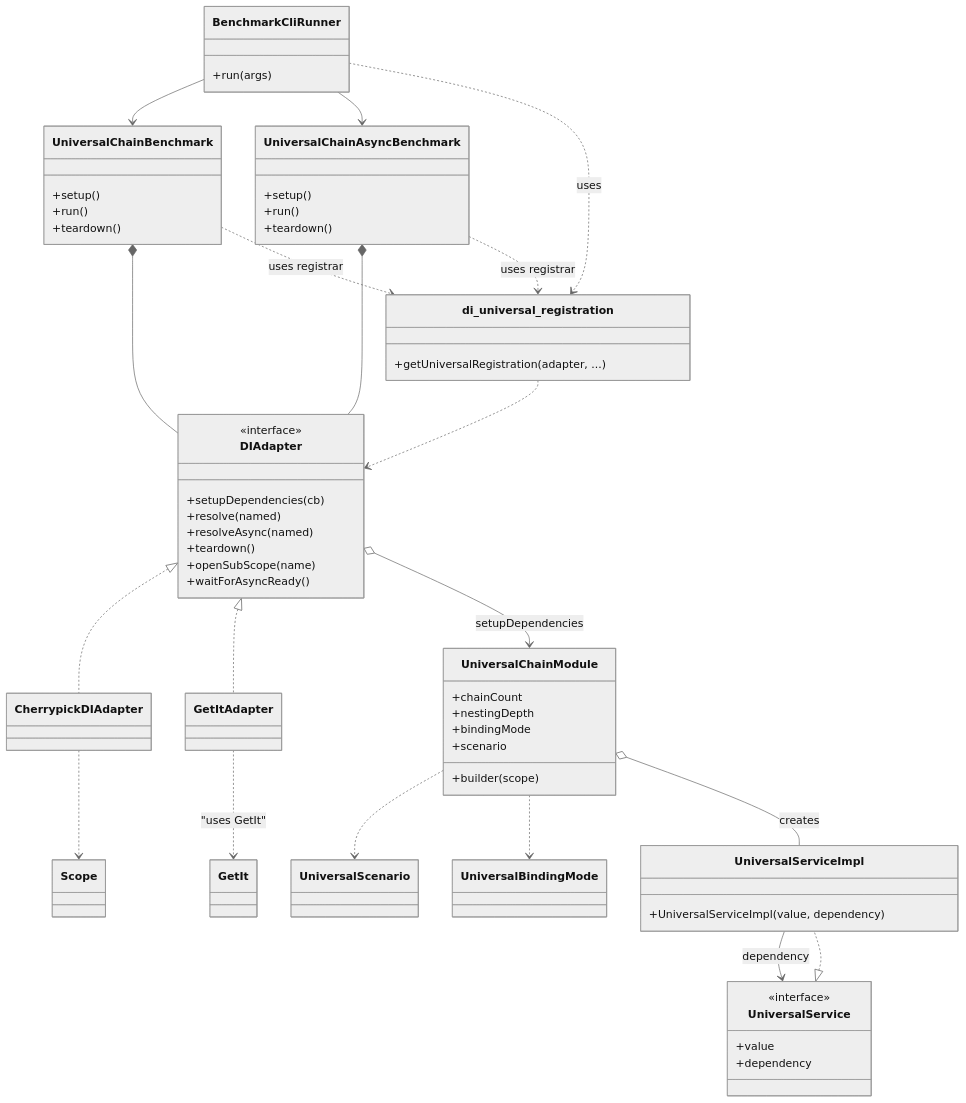
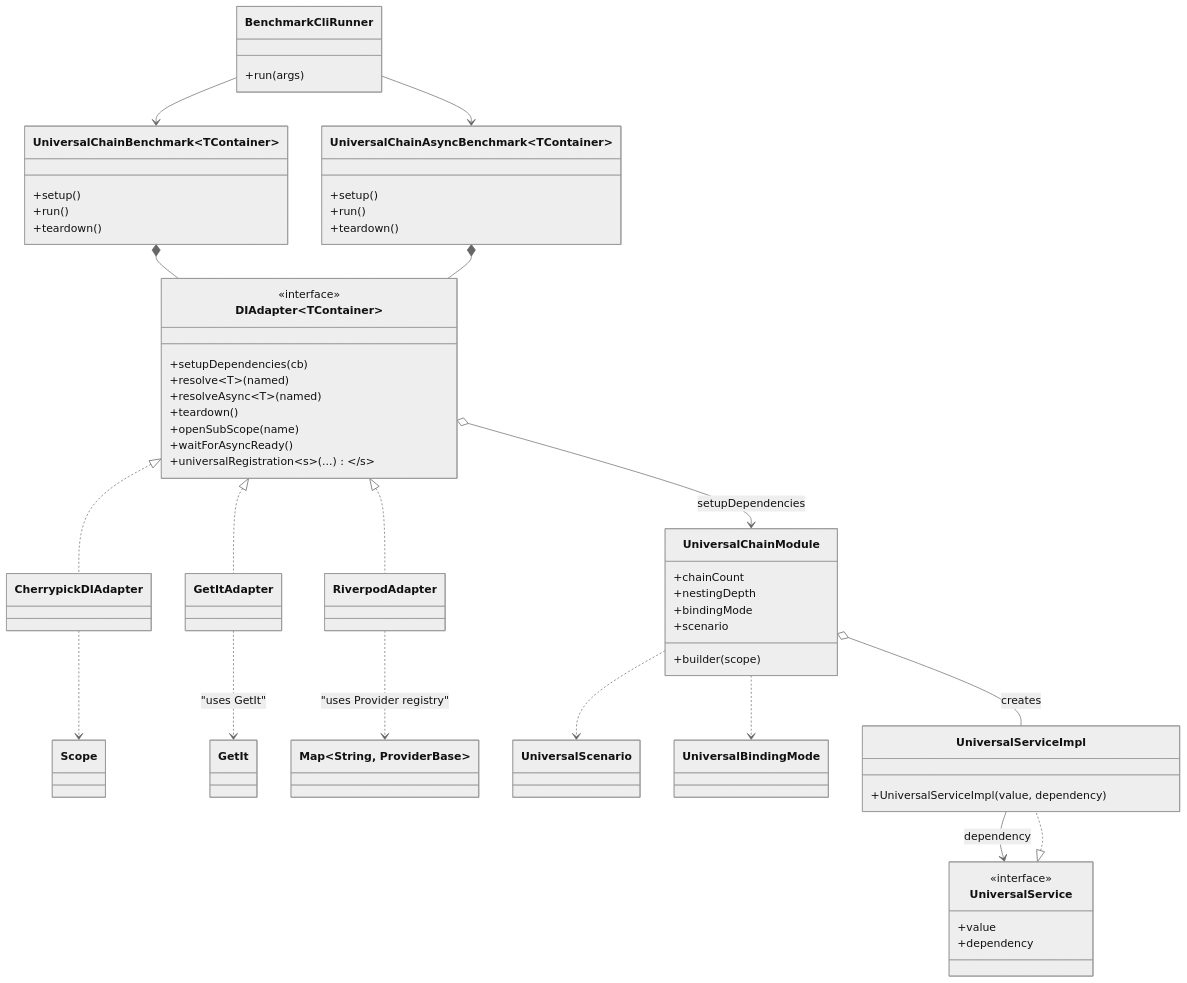
The diagram in benchmark_di/README.md (pese-git/cherrypick), drawn with Mermaid (neutral theme) before and after one commit. The commit also changed 1 other file, not shown here.

Commit message:
docs: update architecture diagram in README to show adapter-centric universalRegistration pattern

````diff
--- a/benchmark_di/README.md
+++ b/benchmark_di/README.md
@@ -187,77 +187,77 @@
 ```mermaid
 classDiagram
     class BenchmarkCliRunner {
         +run(args)
     }
-    class UniversalChainBenchmark {
+    class UniversalChainBenchmark~TContainer~ {
         +setup()
         +run()
         +teardown()
     }
-    class UniversalChainAsyncBenchmark {
+    class UniversalChainAsyncBenchmark~TContainer~ {
         +setup()
         +run()
         +teardown()
     }
-    class DIAdapter {
+    class DIAdapter~TContainer~ {
         <<interface>>
         +setupDependencies(cb)
-        +resolve<T>(named)
-        +resolveAsync<T>(named)
+        +resolve~T~(named)
+        +resolveAsync~T~(named)
         +teardown()
         +openSubScope(name)
         +waitForAsyncReady()
+        +universalRegistration<S extends Enum>(...)
     }
     class CherrypickDIAdapter
     class GetItAdapter
+    class RiverpodAdapter
     class UniversalChainModule {
         +builder(scope)
         +chainCount
         +nestingDepth
         +bindingMode
         +scenario
     }
     class UniversalService {
         <<interface>>
         +value
         +dependency
     }
     class UniversalServiceImpl {
         +UniversalServiceImpl(value, dependency)
     }
-    class di_universal_registration {
-        +getUniversalRegistration(adapter, ...)
-    }
     class Scope
     class UniversalScenario
     class UniversalBindingMode
 
     %% Relationships
-    
+
     BenchmarkCliRunner --> UniversalChainBenchmark
     BenchmarkCliRunner --> UniversalChainAsyncBenchmark
 
     UniversalChainBenchmark *-- DIAdapter
     UniversalChainAsyncBenchmark *-- DIAdapter
 
     DIAdapter <|.. CherrypickDIAdapter
     DIAdapter <|.. GetItAdapter
+    DIAdapter <|.. RiverpodAdapter
 
     CherrypickDIAdapter ..> Scope
     GetItAdapter ..> GetIt: "uses GetIt"
+    RiverpodAdapter ..> Map~String, ProviderBase~: "uses Provider registry"
 
     DIAdapter o--> UniversalChainModule : setupDependencies
 
     UniversalChainModule ..> UniversalScenario
     UniversalChainModule ..> UniversalBindingMode
 
     UniversalChainModule o-- UniversalServiceImpl : creates
     UniversalService <|.. UniversalServiceImpl
     UniversalServiceImpl --> UniversalService : dependency
 
-    BenchmarkCliRunner ..> di_universal_registration : uses
-    di_universal_registration ..> DIAdapter
-
-    UniversalChainBenchmark ..> di_universal_registration : uses registrar
-    UniversalChainAsyncBenchmark ..> di_universal_registration : uses registrar
+    %% 
+    %% Each concrete adapter implements universalRegistration<S extends Enum>
+    %% You can add new scenario enums for custom adapters
+    %% Extensibility is achieved via adapter logic, not global functions
 ```
````
